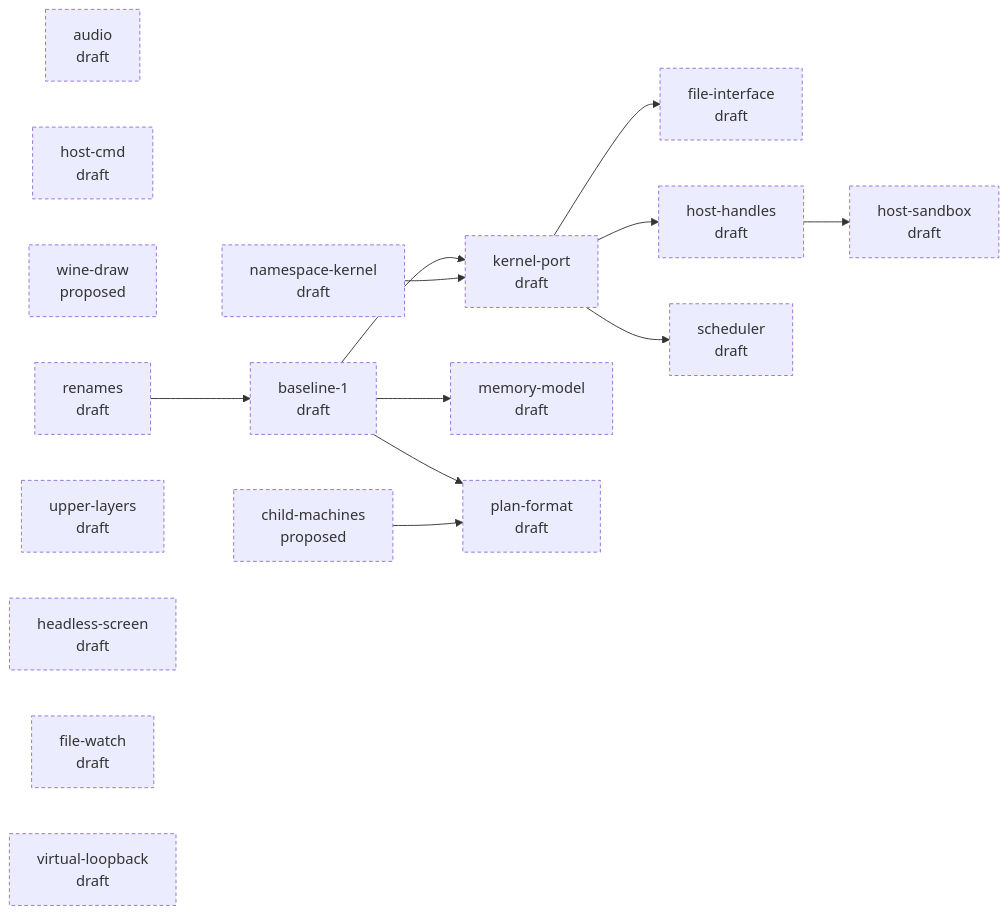
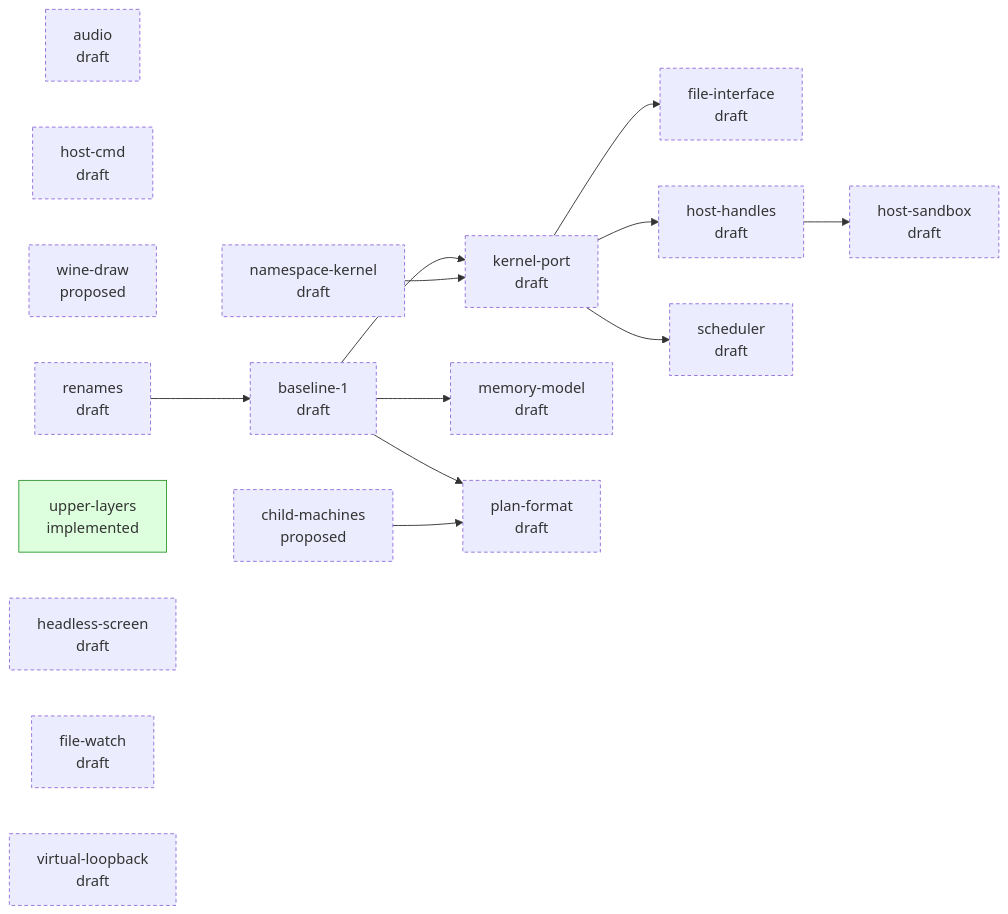
Before and after one commit to progrium/hyper9: the diagram in design/STATUS.md, drawn with Mermaid. The commit also changed other lines of this file, not shown here.

Commit message:
design: regenerate STATUS.md

````diff
--- a/design/STATUS.md
+++ b/design/STATUS.md
@@ -28,35 +28,35 @@
 ```mermaid
 flowchart LR
   classDef draft stroke-dasharray: 4 3
   classDef accepted stroke-width: 2px
   classDef implemented fill:#dfd,stroke:#393
   classDef closed fill:#eee,stroke:#999,color:#777
   p_host_sandbox["host-sandbox<br/>draft"]:::draft
   p_audio["audio<br/>draft"]:::draft
   p_host_cmd["host-cmd<br/>draft"]:::draft
   p_child_machines["child-machines<br/>proposed"]:::draft
   p_wine_draw["wine-draw<br/>proposed"]:::draft
   p_namespace_kernel["namespace-kernel<br/>draft"]:::draft
   p_baseline_1["baseline-1<br/>draft"]:::draft
   p_file_interface["file-interface<br/>draft"]:::draft
   p_host_handles["host-handles<br/>draft"]:::draft
   p_kernel_port["kernel-port<br/>draft"]:::draft
   p_memory_model["memory-model<br/>draft"]:::draft
   p_plan_format["plan-format<br/>draft"]:::draft
   p_renames["renames<br/>draft"]:::draft
   p_scheduler["scheduler<br/>draft"]:::draft
-  p_upper_layers["upper-layers<br/>draft"]:::draft
+  p_upper_layers["upper-layers<br/>implemented"]:::implemented
   p_headless_screen["headless-screen<br/>draft"]:::draft
   p_file_watch["file-watch<br/>draft"]:::draft
   p_virtual_loopback["virtual-loopback<br/>draft"]:::draft
   p_host_handles --> p_host_sandbox
   p_renames --> p_baseline_1
   p_kernel_port --> p_file_interface
   p_kernel_port --> p_host_handles
   p_baseline_1 --> p_kernel_port
   p_namespace_kernel --> p_kernel_port
   p_baseline_1 --> p_memory_model
   p_baseline_1 --> p_plan_format
   p_child_machines --> p_plan_format
   p_kernel_port --> p_scheduler
 ```
````
